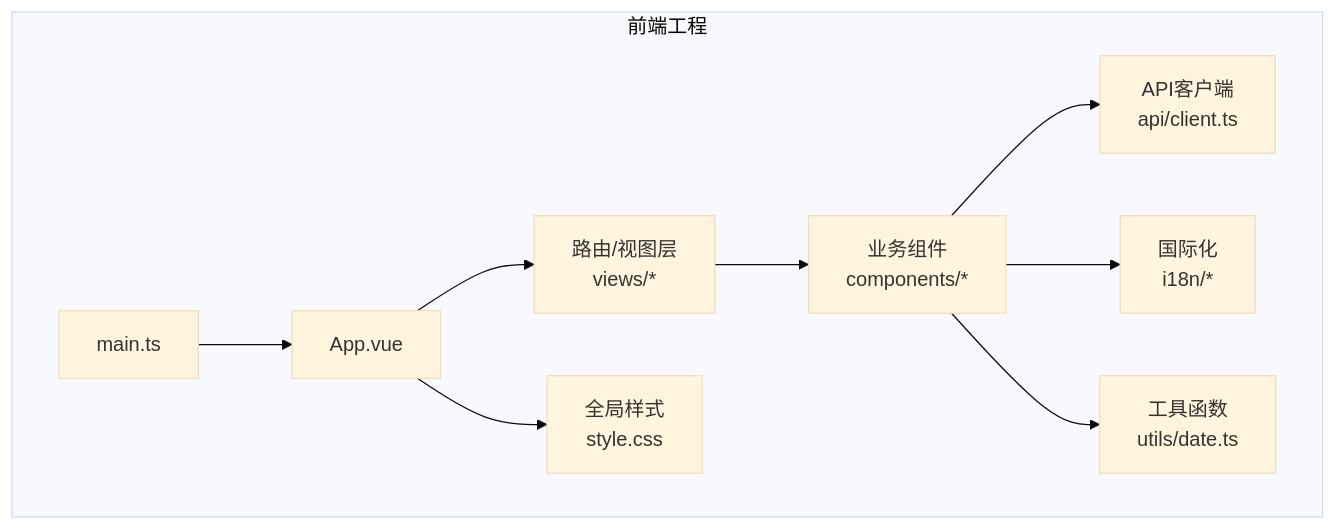
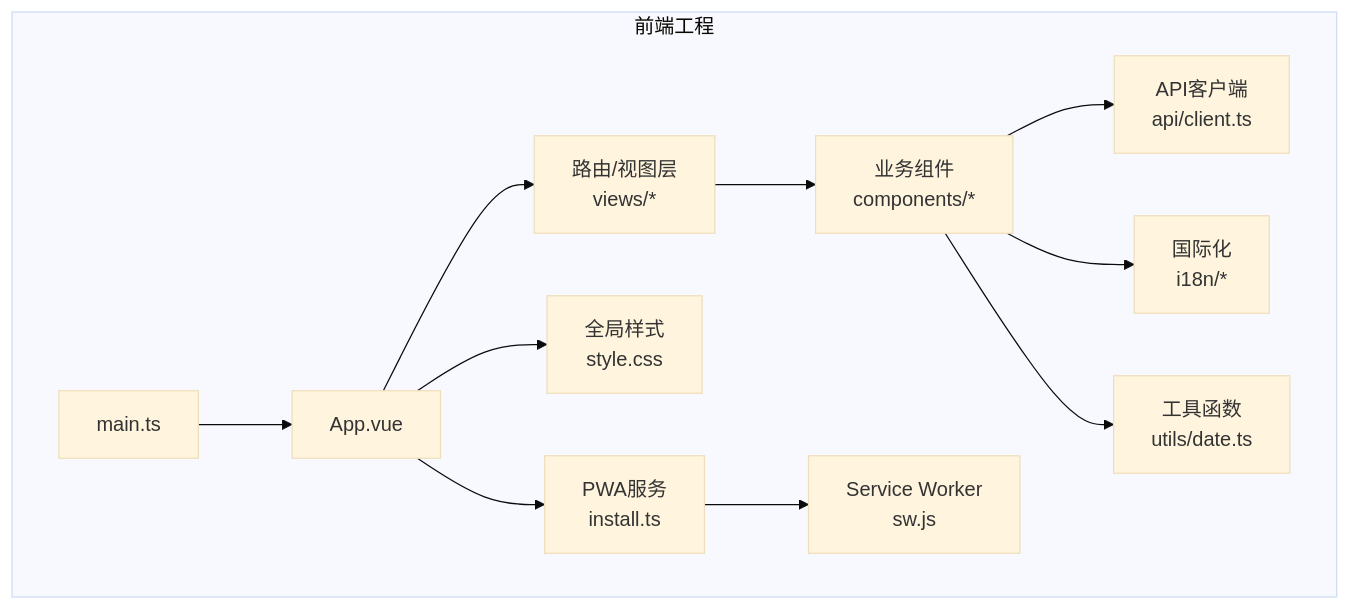
Before and after one commit to xufuyu/Lumen: the first of 8 diagrams in .qoder/repowiki/zh/content/前端开发/组件系统/组件系统.md, drawn with Mermaid (base theme). The commit also changed other lines of this file and 43 other files, not shown here.

````diff
--- a/.qoder/repowiki/zh/content/前端开发/组件系统/组件系统.md
+++ b/.qoder/repowiki/zh/content/前端开发/组件系统/组件系统.md
@@ -57,12 +63,14 @@
 ```mermaid
 graph TB
 subgraph "前端工程"
 A["main.ts"] --> B["App.vue"]
 B --> C["路由/视图层<br/>views/*"]
 C --> D["业务组件<br/>components/*"]
 D --> E["API客户端<br/>api/client.ts"]
 D --> F["国际化<br/>i18n/*"]
 D --> G["工具函数<br/>utils/date.ts"]
 B --> H["全局样式<br/>style.css"]
+B --> I["PWA服务<br/>install.ts"]
+I --> J["Service Worker<br/>sw.js"]
 end
 ```
````
